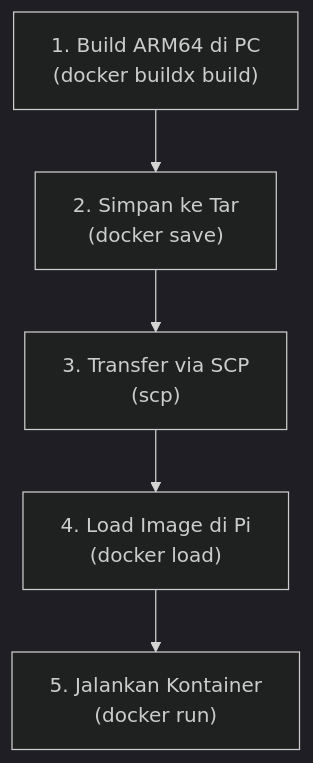
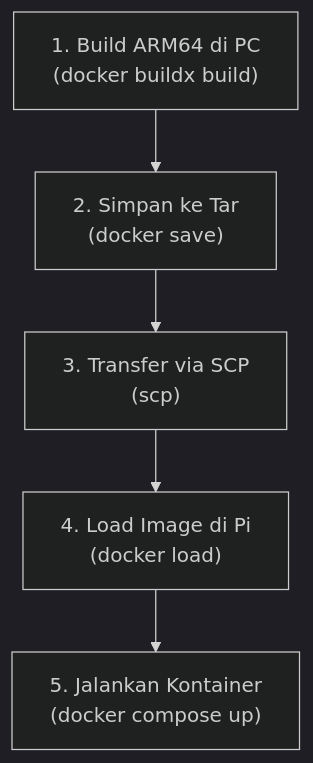
The diagram in docs/sbc_deployment.md (IPB-Robotic-Club/vtol_ros2), drawn with Mermaid (dark theme) before and after one commit. The commit also changed other lines of this file, not shown here.

````diff
--- a/docs/sbc_deployment.md
+++ b/docs/sbc_deployment.md
@@ -9,7 +60,7 @@
 ```mermaid
 graph TD
     PC_Build["1. Build ARM64 di PC<br/>(docker buildx build)"] --> PC_Save["2. Simpan ke Tar<br/>(docker save)"]
     PC_Save --> PC_Transfer["3. Transfer via SCP<br/>(scp)"]
     PC_Transfer --> Pi_Load["4. Load Image di Pi<br/>(docker load)"]
-    Pi_Load --> Pi_Run["5. Jalankan Kontainer<br/>(docker run)"]
+    Pi_Load --> Pi_Run["5. Jalankan Kontainer<br/>(docker compose up)"]
 ```
````
